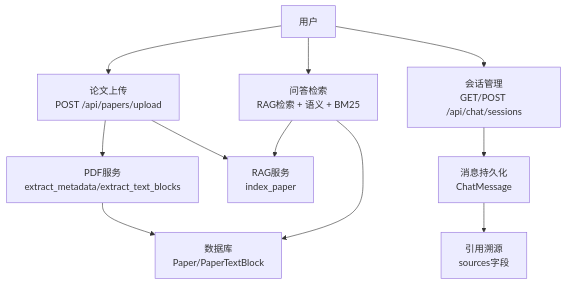
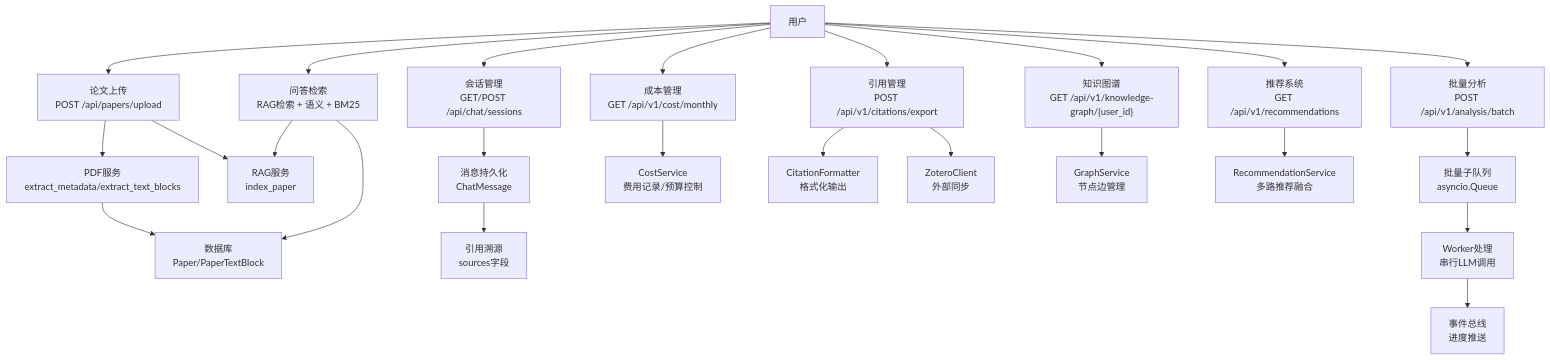
One commit to laohanhahaha/PaperChat changed the second of 13 diagrams in .qoder/repowiki/zh/content/核心功能详解/核心功能详解.md. Above: the diagram before and after it, drawn with Mermaid. The commit also changed other lines of this file and 59 other files, not shown here.

````diff
--- a/.qoder/repowiki/zh/content/核心功能详解/核心功能详解.md
+++ b/.qoder/repowiki/zh/content/核心功能详解/核心功能详解.md
@@ -103,13 +141,26 @@
 ```mermaid
 graph TB
 U["用户"] --> P["论文上传<br/>POST /api/papers/upload"]
 P --> V["PDF服务<br/>extract_metadata/extract_text_blocks"]
 V --> DB["数据库<br/>Paper/PaperTextBlock"]
 P --> IDX["RAG服务<br/>index_paper"]
 U --> Q["问答检索<br/>RAG检索 + 语义 + BM25"]
 Q --> IDX
 Q --> DB
 U --> S["会话管理<br/>GET/POST /api/chat/sessions"]
 S --> MSG["消息持久化<br/>ChatMessage"]
 MSG --> SRC["引用溯源<br/>sources字段"]
+U --> BA["批量分析<br/>POST /api/v1/analysis/batch"]
+BA --> BQ["批量子队列<br/>asyncio.Queue"]
+BQ --> WS["Worker处理<br/>串行LLM调用"]
+WS --> BE["事件总线<br/>进度推送"]
+U --> CM["成本管理<br/>GET /api/v1/cost/monthly"]
+CM --> CS["CostService<br/>费用记录/预算控制"]
+U --> CIT["引用管理<br/>POST /api/v1/citations/export"]
+CIT --> CF["CitationFormatter<br/>格式化输出"]
+CIT --> ZOT["ZoteroClient<br/>外部同步"]
+U --> KG["知识图谱<br/>GET /api/v1/knowledge-graph/{user_id}"]
+KG --> GS["GraphService<br/>节点边管理"]
+U --> REC["推荐系统<br/>GET /api/v1/recommendations"]
+REC --> RS["RecommendationService<br/>多路推荐融合"]
 ```
````
